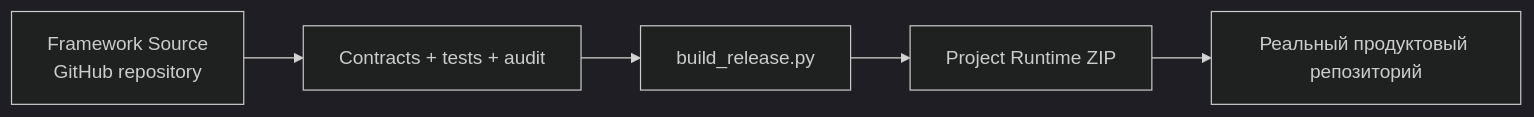
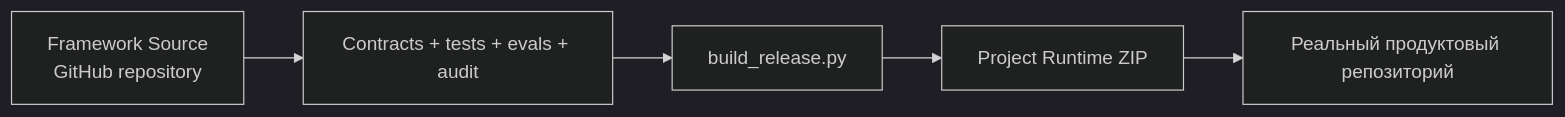
Before and after one commit to Elguajo/Progressive-Context-Kit: the third of 4 diagrams in README_RU.md, drawn with Mermaid (dark theme). The commit also changed other lines of this file, not shown here.

Commit message:
Sync Russian README with current Progressive Context architecture

````diff
--- a/README_RU.md
+++ b/README_RU.md
@@ -93,7 +126,7 @@
 ```mermaid
 flowchart LR
-    S[Framework Source\nGitHub repository] --> V[Contracts + tests + audit]
+    S[Framework Source\nGitHub repository] --> V[Contracts + tests + evals + audit]
     V --> B[build_release.py]
     B --> R[Project Runtime ZIP]
     R --> P[Реальный продуктовый репозиторий]
 ```
````
